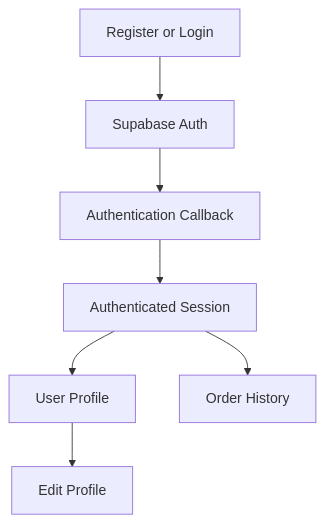
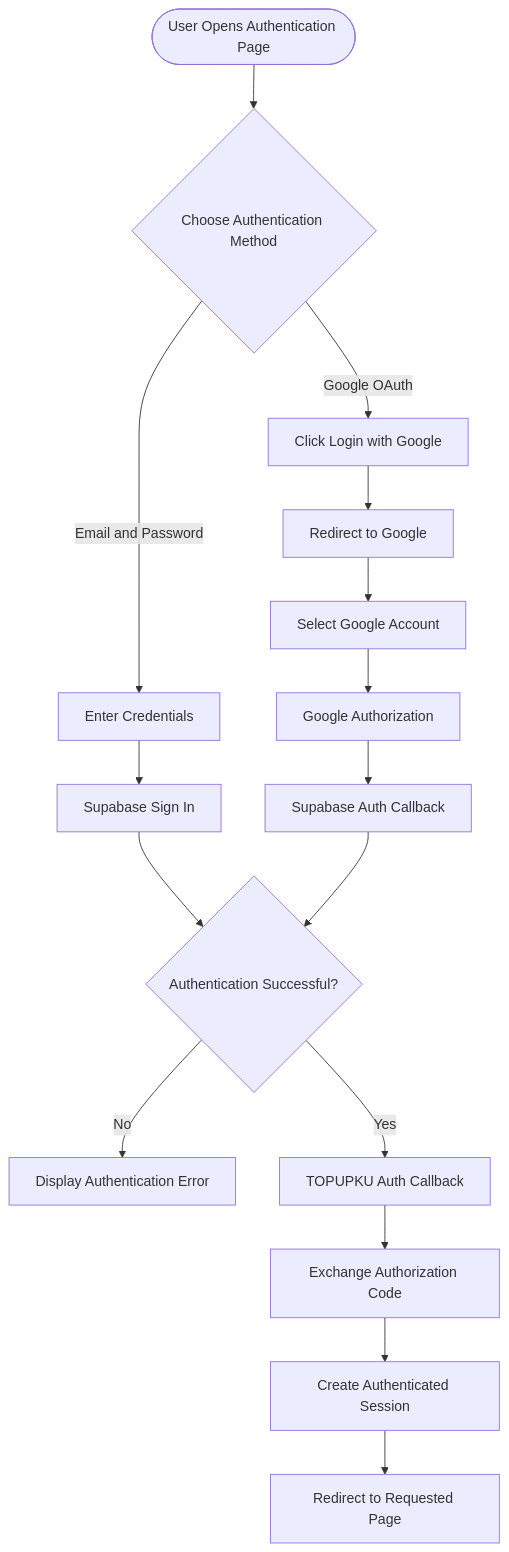
The third of 8 diagrams in README.md (imammularif/topupku), drawn with Mermaid before and after one commit. The commit also changed other lines of this file, not shown here.

````diff
--- a/README.md
+++ b/README.md
@@ -329,9 +336,22 @@
 ```mermaid
 flowchart TD
-    A["Register or Login"] --> B["Supabase Auth"]
-    B --> C["Authentication Callback"]
-    C --> D["Authenticated Session"]
-    D --> E["User Profile"]
-    D --> F["Order History"]
-    E --> G["Edit Profile"]
+    A([User Opens Authentication Page]) --> B{"Choose Authentication Method"}
+
+    B -->|Email and Password| C["Enter Credentials"]
+    C --> D["Supabase Sign In"]
+
+    B -->|Google OAuth| E["Click Login with Google"]
+    E --> F["Redirect to Google"]
+    F --> G["Select Google Account"]
+    G --> H["Google Authorization"]
+    H --> I["Supabase Auth Callback"]
+
+    D --> J{"Authentication Successful?"}
+    I --> J
+
+    J -->|No| K["Display Authentication Error"]
+    J -->|Yes| L["TOPUPKU Auth Callback"]
+    L --> M["Exchange Authorization Code"]
+    M --> N["Create Authenticated Session"]
+    N --> O["Redirect to Requested Page"]
 ```
````
